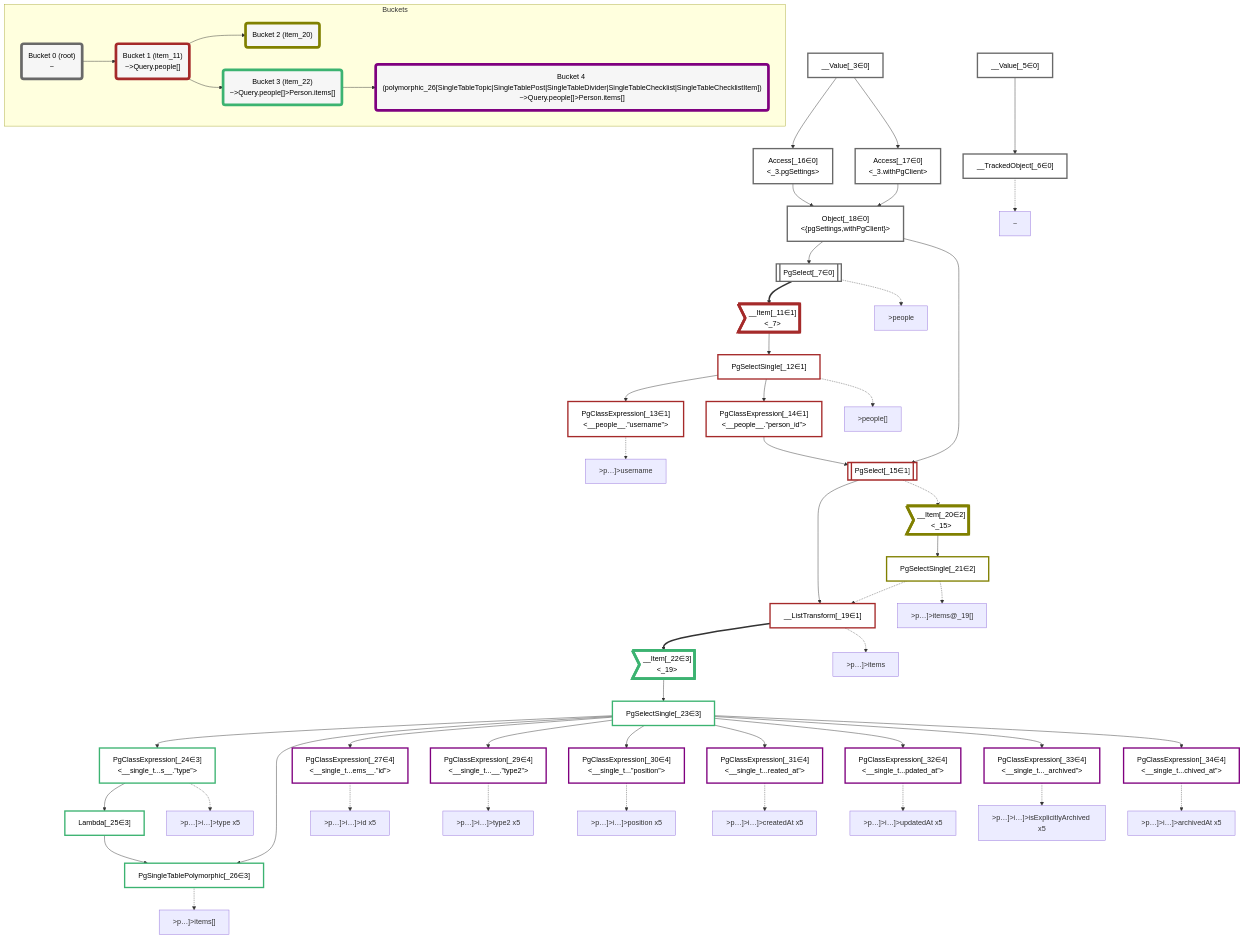
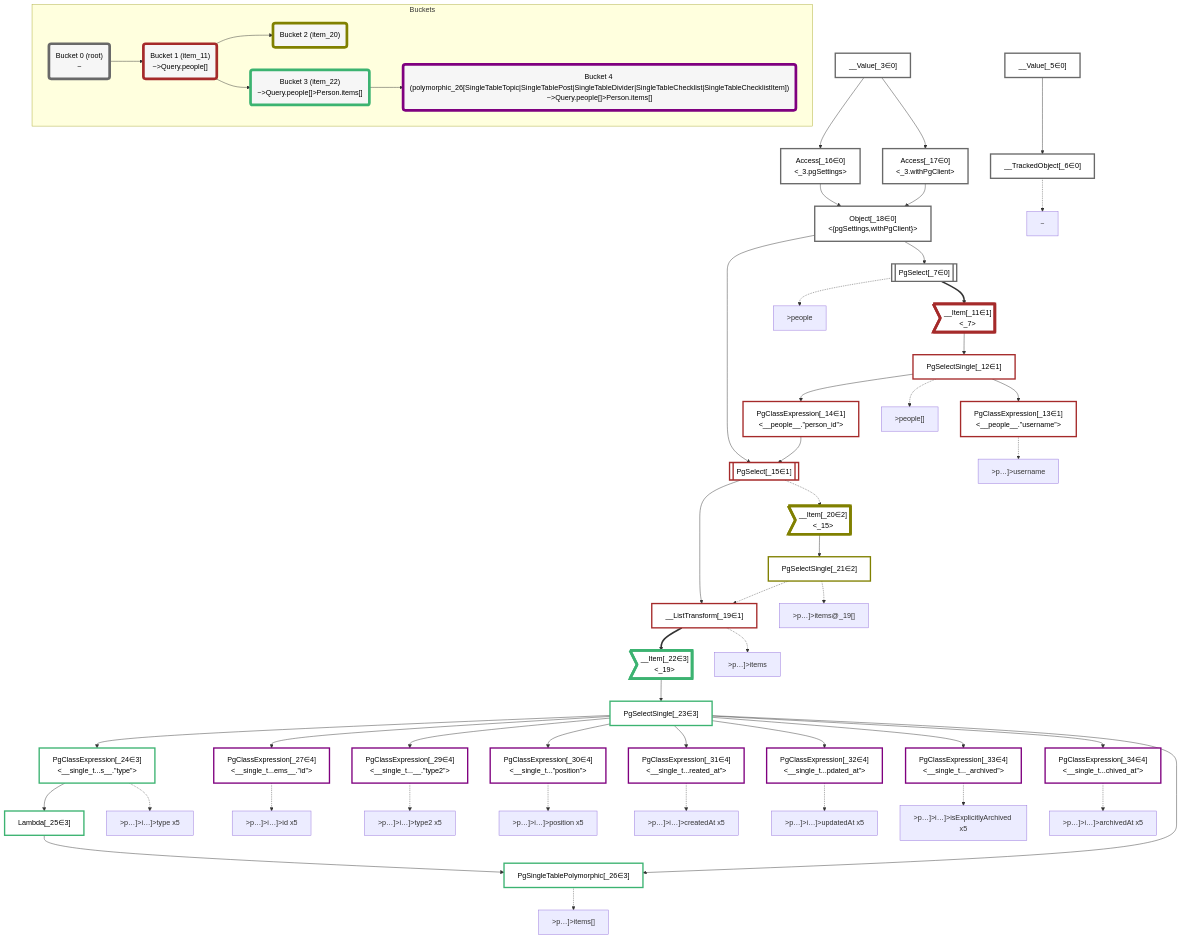
The diagram in packages/dataplan-pg/__tests__/queries/interfaces-single-table/basics.deopt.mermaid.md (graphile/crystal), drawn with Mermaid before and after one commit. The commit also changed other lines of this file and 82 other files, not shown here.

```diff
--- a/packages/dataplan-pg/__tests__/queries/interfaces-single-table/basics.deopt.mermaid.md
+++ b/packages/dataplan-pg/__tests__/queries/interfaces-single-table/basics.deopt.mermaid.md
@@ -76,16 +76,16 @@
     PgSelectSingle_12 -.-> P_12
     P_13[">p…]>username"]
     PgClassExpression_13 -.-> P_13
+    P_19[">p…]>items"]
+    __ListTransform_19 -.-> P_19
     P_21[">p…]>items@_19[]"]
     PgSelectSingle_21 -.-> P_21
-    P_19[">p…]>items"]
-    __ListTransform_19 -.-> P_19
+    P_24[">p…]>i…]>type x5"]
+    PgClassExpression_24 -.-> P_24
     P_26[">p…]>items[]"]
     PgSingleTablePolymorphic_26 -.-> P_26
     P_27[">p…]>i…]>id x5"]
     PgClassExpression_27 -.-> P_27
-    P_24[">p…]>i…]>type x5"]
-    PgClassExpression_24 -.-> P_24
     P_29[">p…]>i…]>type2 x5"]
     PgClassExpression_29 -.-> P_29
     P_30[">p…]>i…]>position x5"]
```
